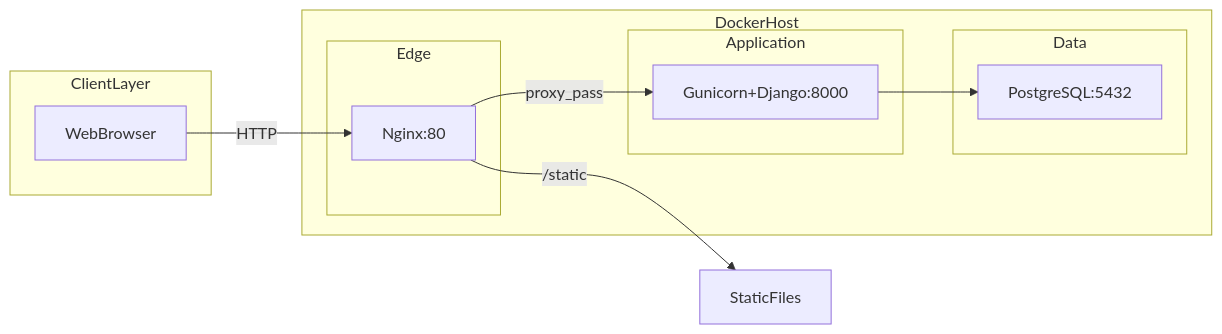
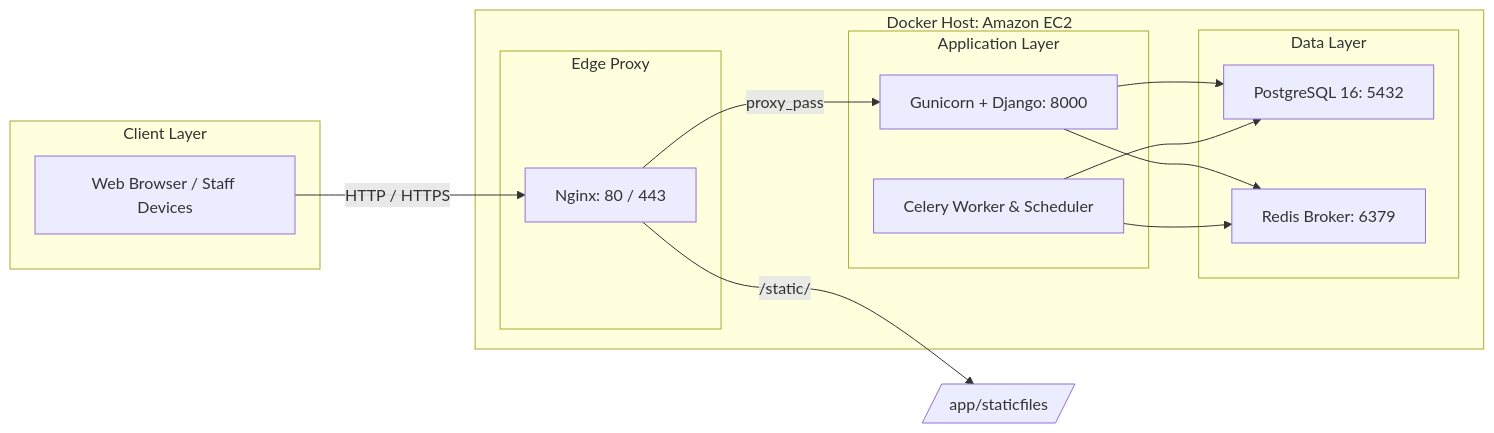
Before and after one commit to porogami63/CAPSTONE-2: the diagram in docs/DOCKER_ARCHITECTURE.md, drawn with Mermaid. The commit also changed other lines of this file and 46 other files, not shown here.

````diff
--- a/docs/DOCKER_ARCHITECTURE.md
+++ b/docs/DOCKER_ARCHITECTURE.md
@@ -9,21 +9,27 @@
 ```mermaid
 flowchart LR
-    subgraph client [ClientLayer]
-        Browser[WebBrowser]
+    subgraph client [Client Layer]
+        Browser[Web Browser / Staff Devices]
     end
-    subgraph docker [DockerHost]
-        subgraph edge [Edge]
-            Nginx[Nginx:80]
+    subgraph docker [Docker Host: Amazon EC2]
+        subgraph edge [Edge Proxy]
+            Nginx[Nginx: 80 / 443]
         end
-        subgraph app [Application]
-            Gunicorn[Gunicorn+Django:8000]
+        subgraph app [Application Layer]
+            Gunicorn[Gunicorn + Django: 8000]
+            Celery[Celery Worker & Scheduler]
         end
-        subgraph data [Data]
-            Postgres[PostgreSQL:5432]
+        subgraph data [Data Layer]
+            Postgres[PostgreSQL 16: 5432]
+            Redis[Redis Broker: 6379]
         end
     end
-    Browser -->|HTTP| Nginx
+
+    Browser -->|HTTP / HTTPS| Nginx
     Nginx -->|proxy_pass| Gunicorn
-    Nginx -->|/static| StaticFiles
+    Nginx -->|/static/| StaticFiles[/app/staticfiles/]
     Gunicorn --> Postgres
+    Gunicorn --> Redis
+    Celery --> Redis
+    Celery --> Postgres
 ```
````
